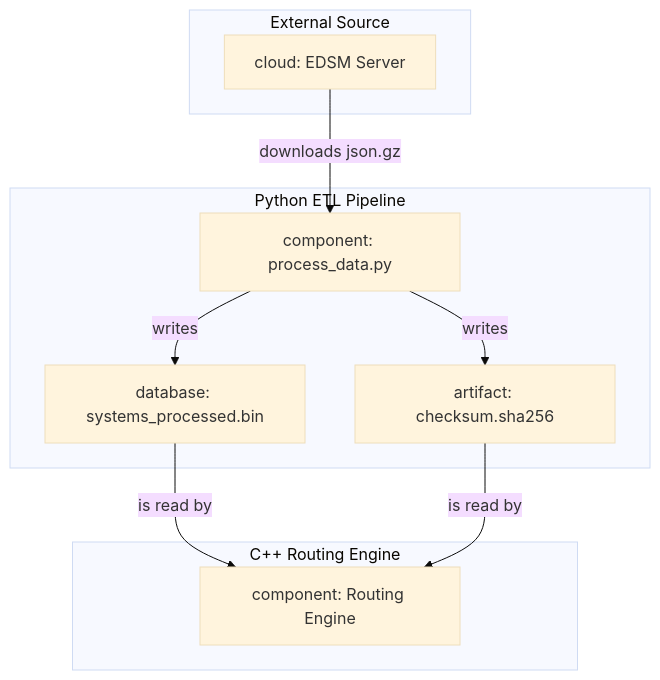
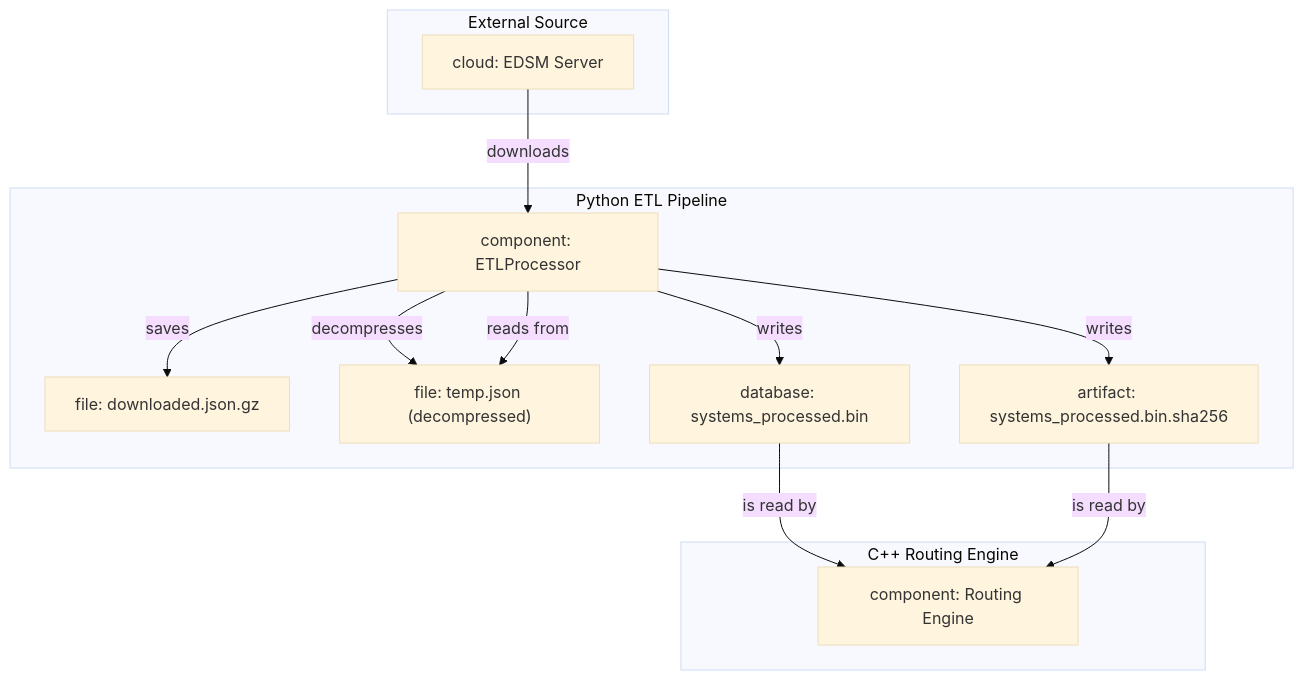
One commit to mnaatjes/elite-dangerous-dev changed the third of 3 diagrams in pipeline/docs/etl_process_deep_dive.md. Above: the diagram before and after it, drawn with Mermaid (base theme). The commit also changed other lines of this file and 21 other files, not shown here.

```````diff
--- a/pipeline/docs/etl_process_deep_dive.md
+++ b/pipeline/docs/etl_process_deep_dive.md
@@ -120,20 +131,25 @@
 ```mermaid
 graph TD
     subgraph "External Source"
         A["cloud: EDSM Server"];
     end
     subgraph "Python ETL Pipeline"
-        B["component: process_data.py"];
-        C["database: systems_processed.bin"];
-        D["artifact: checksum.sha256"];
+        B["component: ETLProcessor"];
+        C["file: downloaded.json.gz"];
+        D["file: temp.json (decompressed)"];
+        E["database: systems_processed.bin"];
+        F["artifact: systems_processed.bin.sha256"];
     end
     subgraph "C++ Routing Engine"
-        E["component: Routing Engine"];
+        G["component: Routing Engine"];
     end
 
-    A -- "downloads json.gz" --> B;
-    B -- "writes" --> C;
-    B -- "writes" --> D;
-    C -- "is read by" --> E;
-    D -- "is read by" --> E;
-```
+    A -- "downloads" --> B;
+    B -- "saves" --> C;
+    B -- "decompresses" --> D;
+    B -- "reads from" --> D;
+    B -- "writes" --> E;
+    B -- "writes" --> F;
+    E -- "is read by" --> G;
+    F -- "is read by" --> G;
+``````
```````
